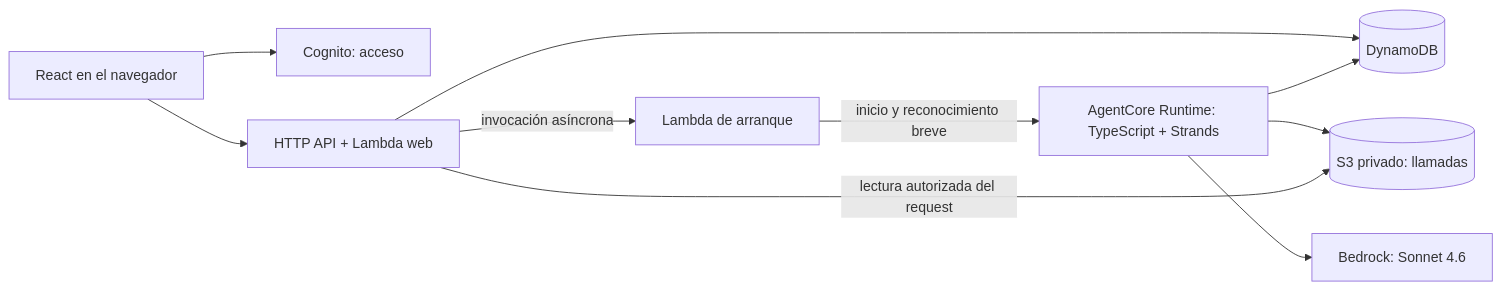
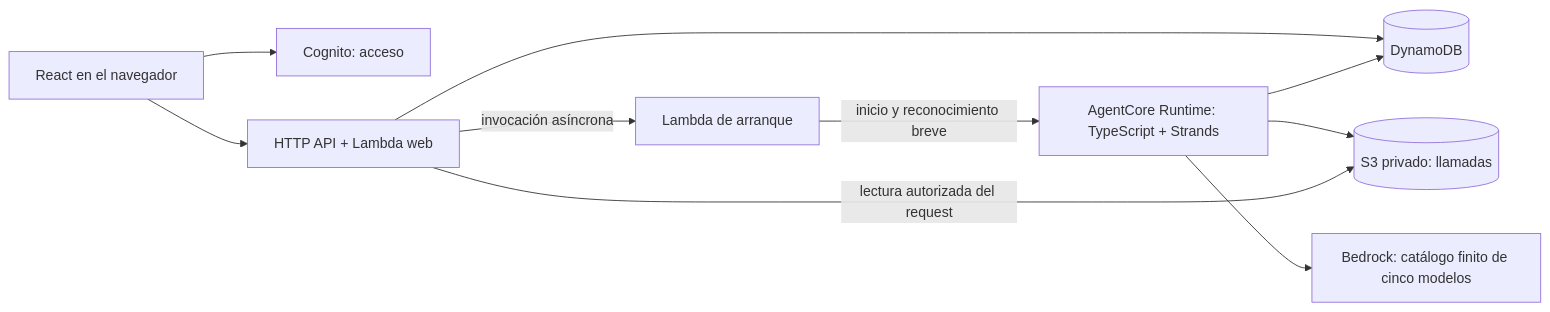
The diagram in docs/architecture/ejecucion.md (guilleojeda/prompt-runner-game), drawn with Mermaid before and after one commit. The commit also changed other lines of this file and 27 other files, not shown here.

````diff
--- a/docs/architecture/ejecucion.md
+++ b/docs/architecture/ejecucion.md
@@ -7,12 +7,12 @@
 ```mermaid
 flowchart LR
   U[React en el navegador] --> C[Cognito: acceso]
   U --> W[HTTP API + Lambda web]
   W --> D[(DynamoDB)]
   W -->|invocación asíncrona| L[Lambda de arranque]
   L -->|inicio y reconocimiento breve| R[AgentCore Runtime: TypeScript + Strands]
   R --> D
   R --> S[(S3 privado: llamadas)]
-  R --> B[Bedrock: Sonnet 4.6]
+  R --> B[Bedrock: catálogo finito de cinco modelos]
   W -->|lectura autorizada del request| S
 ```
````
